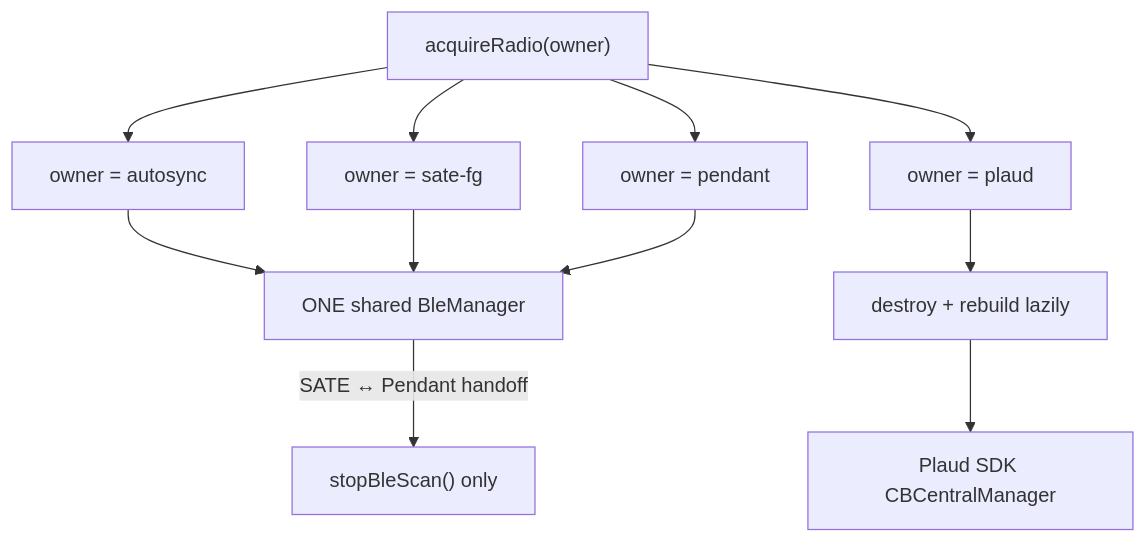
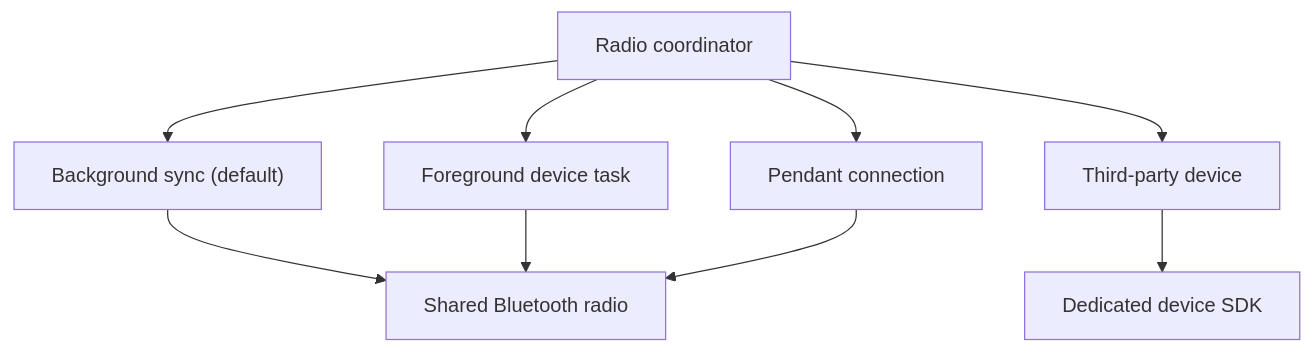
The first of 3 diagrams in docs-site/docs/guides/mobile-app.md (Longcao24/sate-companion), drawn with Mermaid before and after one commit. The commit also changed other lines of this file and 17 other files, not shown here.

First line of the commit message:
docs-site: generalize published docs + add system-overview diagram

````diff
--- a/docs-site/docs/guides/mobile-app.md
+++ b/docs-site/docs/guides/mobile-app.md
@@ -99,14 +80,12 @@
 ```mermaid
 flowchart TD
-  ARB["acquireRadio(owner)"]
-  ARB --> AS["owner = autosync"]
-  ARB --> SF["owner = sate-fg"]
-  ARB --> PE["owner = pendant"]
-  ARB --> PL["owner = plaud"]
-  AS --> BLEPLX["ONE shared BleManager"]
+  ARB["Radio coordinator"]
+  ARB --> AS["Background sync (default)"]
+  ARB --> SF["Foreground device task"]
+  ARB --> PE["Pendant connection"]
+  ARB --> PL["Third-party device"]
+  AS --> BLEPLX["Shared Bluetooth radio"]
   SF --> BLEPLX
   PE --> BLEPLX
-  BLEPLX -->|"SATE ↔ Pendant handoff"| STOP["stopBleScan() only"]
-  PL --> DESTROY["destroy + rebuild lazily"]
-  DESTROY --> SDK["Plaud SDK CBCentralManager"]
+  PL --> SDK["Dedicated device SDK"]
 ```
````
